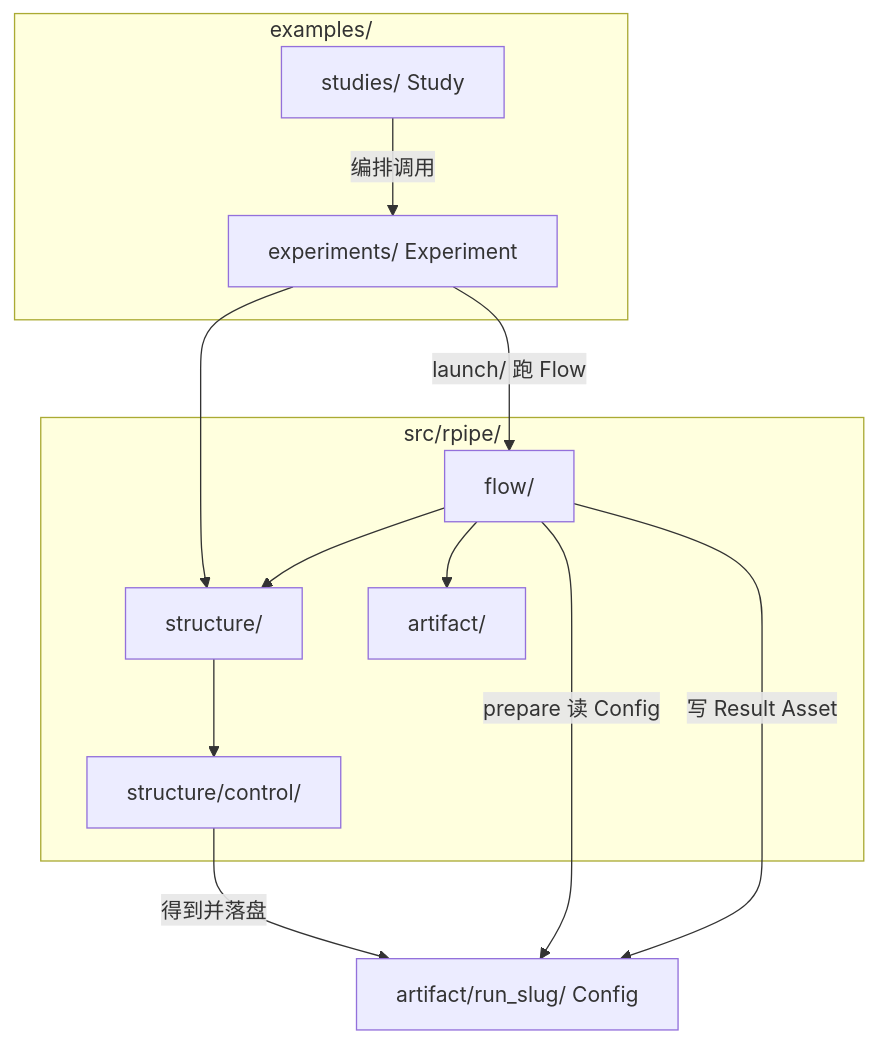
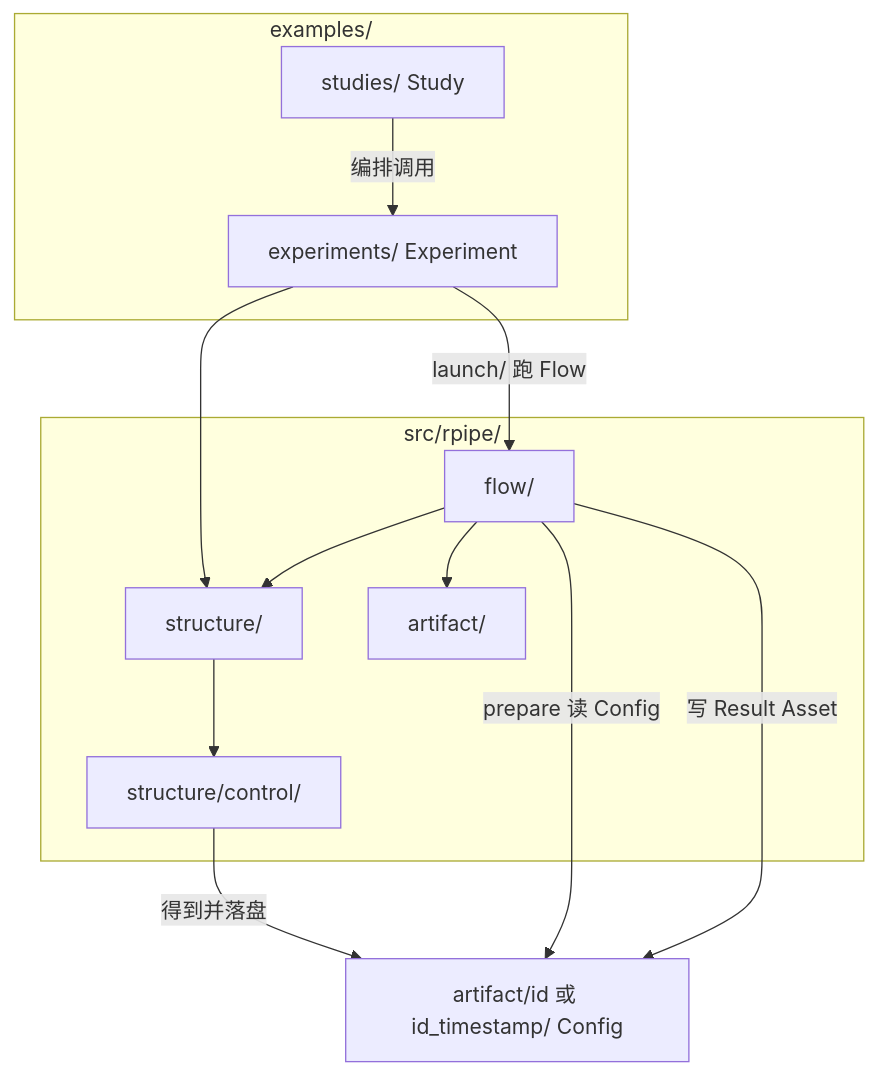
Before and after one commit to diaoenmao/RPipe: the diagram in docs/LAYOUT.md, drawn with Mermaid. The commit also changed other lines of this file and 2 other files, not shown here.

First line of the commit message:
Align CONCEPT and LAYOUT with Run id and hash-based paths.

````diff
--- a/docs/LAYOUT.md
+++ b/docs/LAYOUT.md
@@ -37,22 +40,22 @@
 ```mermaid
 flowchart TB
   subgraph examples [examples/]
   studies[studies/ Study]
   exps[experiments/ Experiment]
   end
   subgraph lib [src/rpipe/]
   structure[structure/]
   control[structure/control/]
   flow[flow/]
   artifact_io[artifact/]
   end
   studies -->|编排调用| exps
   exps --> structure
   structure --> control
-  control -->|得到并落盘| artifact_tree[artifact/run_slug/ Config]
+  control -->|得到并落盘| artifact_tree["artifact/id 或 id_timestamp/ Config"]
   exps -->|launch/ 跑 Flow| flow
   flow -->|prepare 读 Config| artifact_tree
   flow -->|写 Result Asset| artifact_tree
   flow --> structure
   flow --> artifact_io
 ```
````
